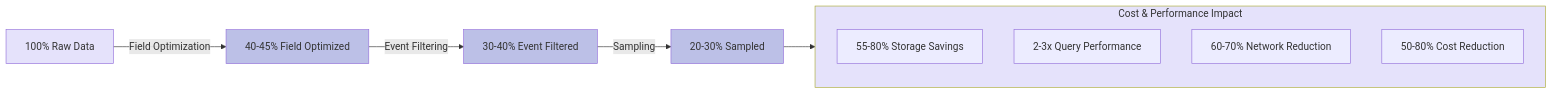
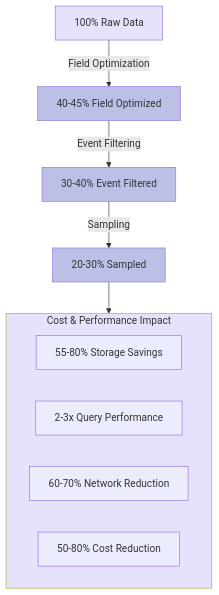
One commit to VirtualMetric/virtualmetric-docs changed the tenth of 11 diagrams in docs/about/siem-optimization.mdx. Above: the diagram before and after it, drawn with Mermaid. The commit also changed 1 other file, not shown here.

Commit message:
fix: update diagrams and tables for clarity in SIEM Optimization and Microsoft Sentinel Integration documentation

````diff
--- a/docs/about/siem-optimization.mdx
+++ b/docs/about/siem-optimization.mdx
@@ -444,26 +444,26 @@
 ```mermaid
-graph LR
+graph TD
     Before[100% Raw Data]
     Field[40-45% Field Optimized]
     Event[30-40% Event Filtered]
     Sample[20-30% Sampled]
     
     Before -->|Field Optimization| Field
     Field -->|Event Filtering| Event
     Event -->|Sampling| Sample
     
     subgraph Impact[Cost & Performance Impact]
         Storage[55-80% Storage Savings]
         Query[2-3x Query Performance]
         Network[60-70% Network Reduction]
         Cost[50-80% Cost Reduction]
     end
     
     Sample --> Impact
     
     style Before fill:#E5E2FB
     style Field fill:#BCC0E7
     style Event fill:#BCC0E7
     style Sample fill:#BCC0E7
     style Impact fill:#E5E2FB
 ```
````
